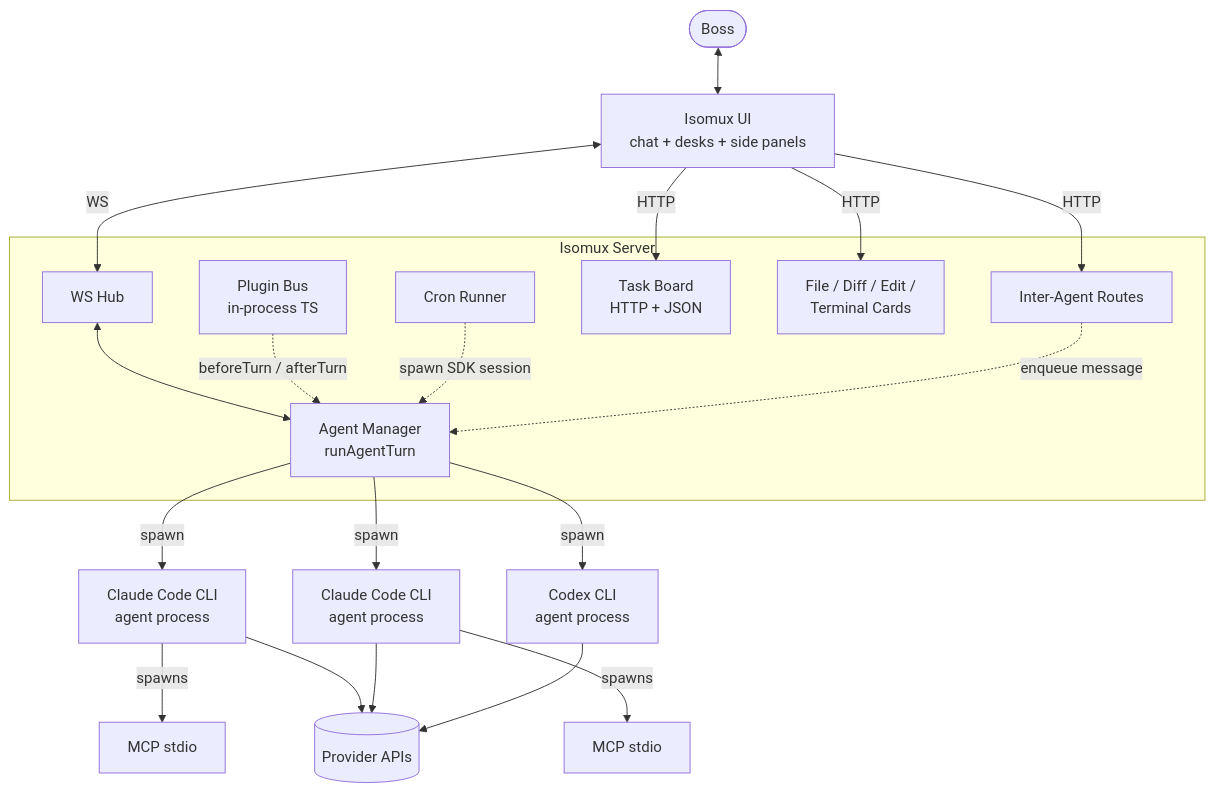
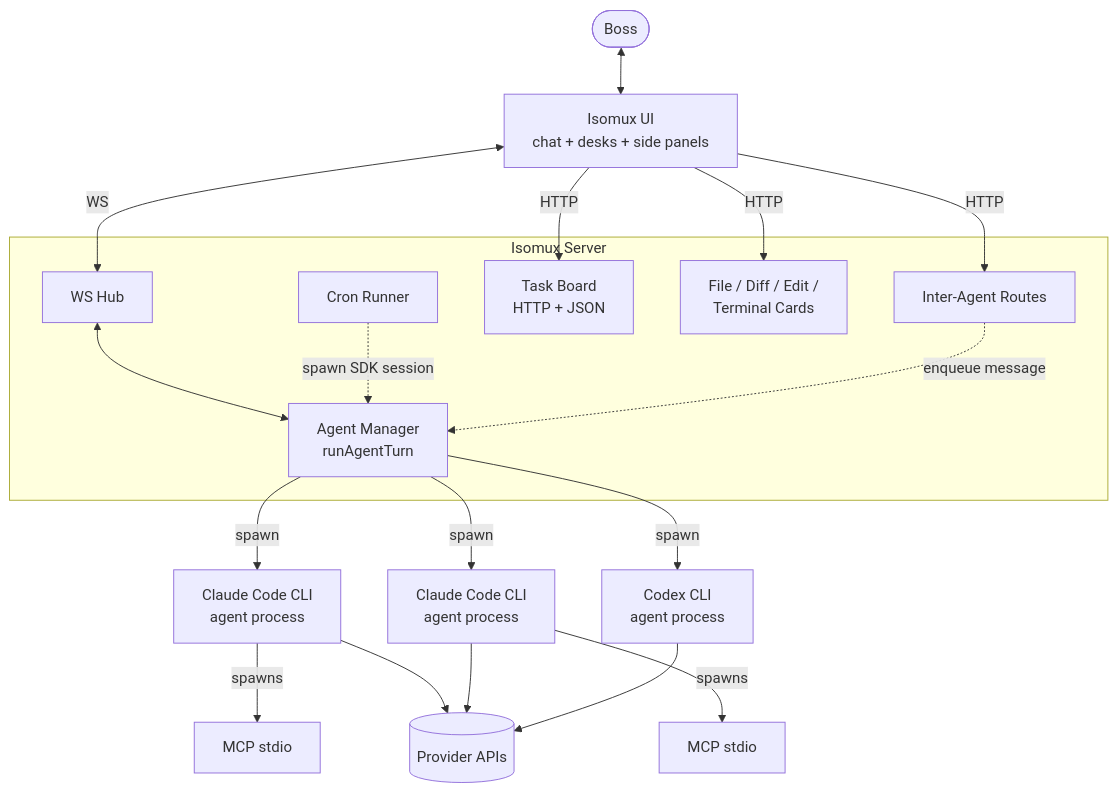
One commit to nmamano/isomux changed the first of 2 diagrams in internal-docs/unified-worker-model.md. Above: the diagram before and after it, drawn with Mermaid. The commit also changed other lines of this file and 34 other files, not shown here.

````diff
--- a/internal-docs/unified-worker-model.md
+++ b/internal-docs/unified-worker-model.md
@@ -28,40 +26,38 @@
 ```mermaid
 flowchart TB
     Boss([Boss])
     UI[Isomux UI<br/>chat + desks + side panels]
 
     subgraph Server["Isomux Server"]
       WS[WS Hub]
       AM[Agent Manager<br/>runAgentTurn]
-      PB[Plugin Bus<br/>in-process TS]
       CR[Cron Runner]
       TB[Task Board<br/>HTTP + JSON]
       FR[File / Diff / Edit /<br/>Terminal Cards]
       IA[Inter-Agent Routes]
     end
 
     A1[Claude Code CLI<br/>agent process]
     A2[Claude Code CLI<br/>agent process]
     A3[Codex CLI<br/>agent process]
     M1[MCP stdio]
     M2[MCP stdio]
     Anth[(Provider APIs)]
 
     Boss <--> UI
     UI <-->|WS| WS
     UI -->|HTTP| TB
     UI -->|HTTP| FR
     UI -->|HTTP| IA
     WS <--> AM
     AM -->|spawn| A1
     AM -->|spawn| A2
     AM -->|spawn| A3
-    PB -.beforeTurn / afterTurn.-> AM
     CR -.spawn SDK session.-> AM
     IA -.enqueue message.-> AM
     A1 -->|spawns| M1
     A2 -->|spawns| M2
     A1 --> Anth
     A2 --> Anth
     A3 --> Anth
 ```
````
